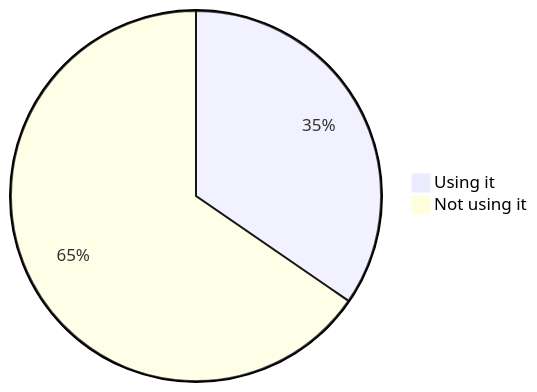
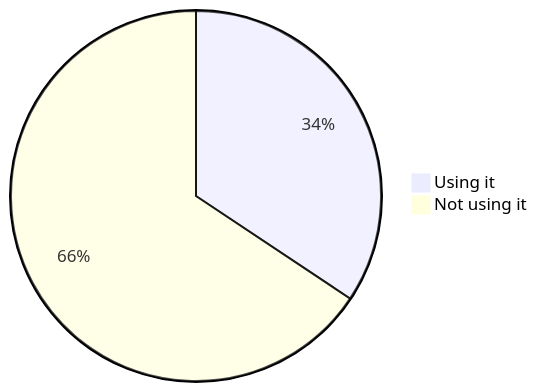
One commit to oshp/oshp-stats changed the second of 22 diagrams in stats.md. Above: the diagram before and after it, drawn with Mermaid. The commit also changed other lines of this file, not shown here.

````diff
--- a/stats.md
+++ b/stats.md
@@ -22,6 +22,6 @@
 ```mermaid
 pie
-	"Using it" : 34.59
-	"Not using it" : 65.41
+	"Using it" : 34.35
+	"Not using it" : 65.65
 
 ```
````
